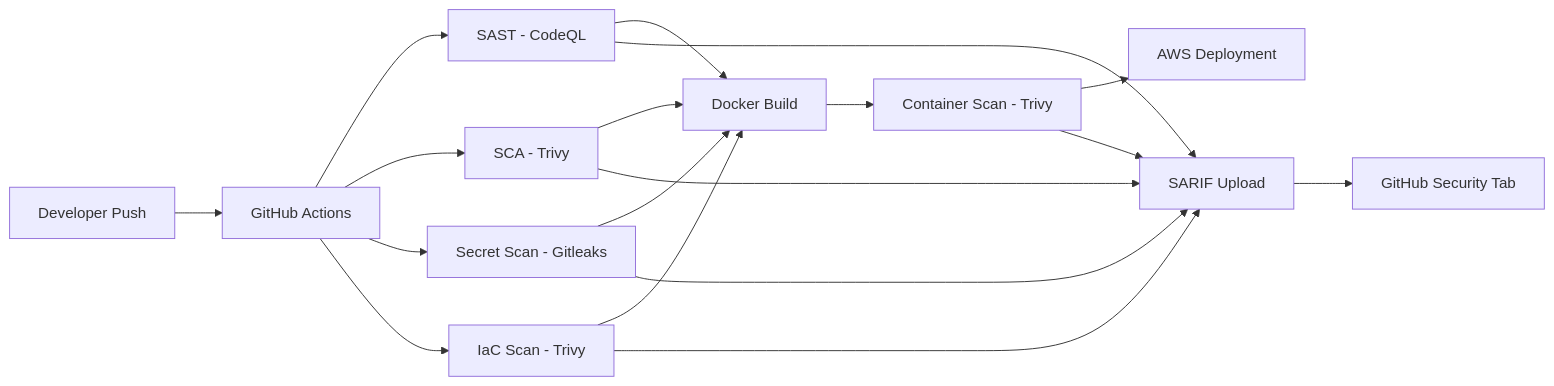
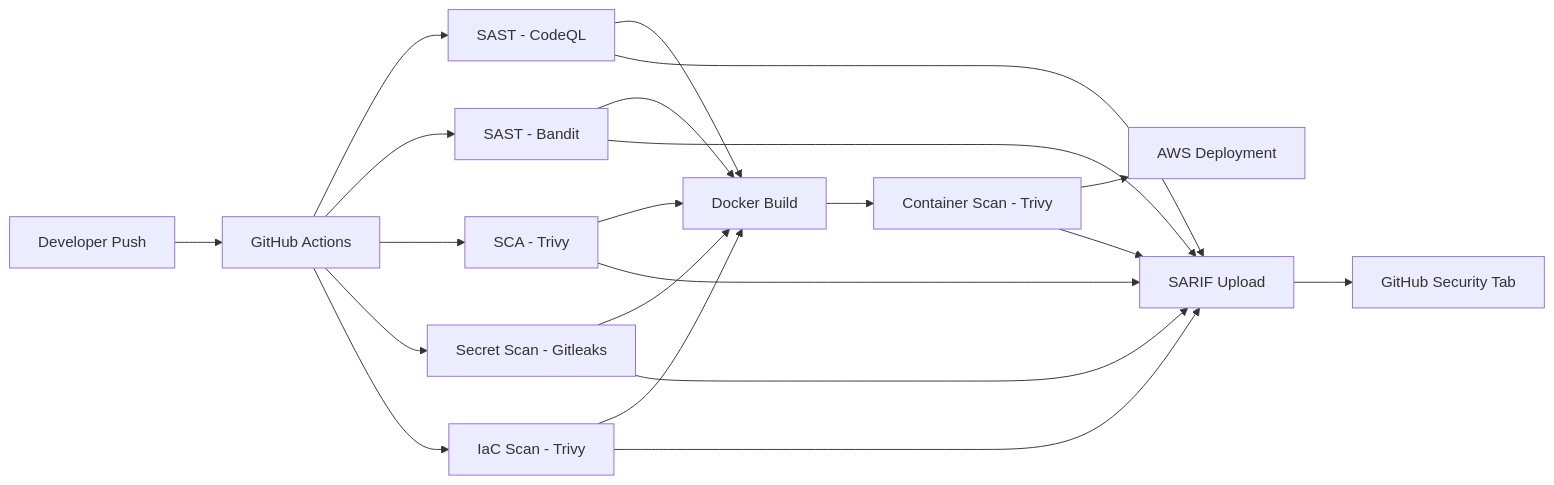
One commit to AurelienKumarathas/devsecops-pipeline-project-1 changed the diagram in README.md. Above: the diagram before and after it, drawn with Mermaid. The commit also changed other lines of this file, not shown here.

First line of the commit message:
docs: add Bandit to README tools table, TL;DR, pipeline results and skills

````diff
--- a/README.md
+++ b/README.md
@@ -98,20 +101,23 @@
 ```mermaid
 graph LR
     A[Developer Push] --> B[GitHub Actions]
     B --> C[SAST - CodeQL]
+    B --> CB[SAST - Bandit]
     B --> D[SCA - Trivy]
     B --> E[Secret Scan - Gitleaks]
     B --> F[IaC Scan - Trivy]
     C --> G[Docker Build]
+    CB --> G
     D --> G
     E --> G
     F --> G
     G --> H[Container Scan - Trivy]
     H --> I[AWS Deployment]
     C --> J[SARIF Upload]
+    CB --> J
     D --> J
     E --> J
     F --> J
     H --> J
     J --> K[GitHub Security Tab]
 ```
````
